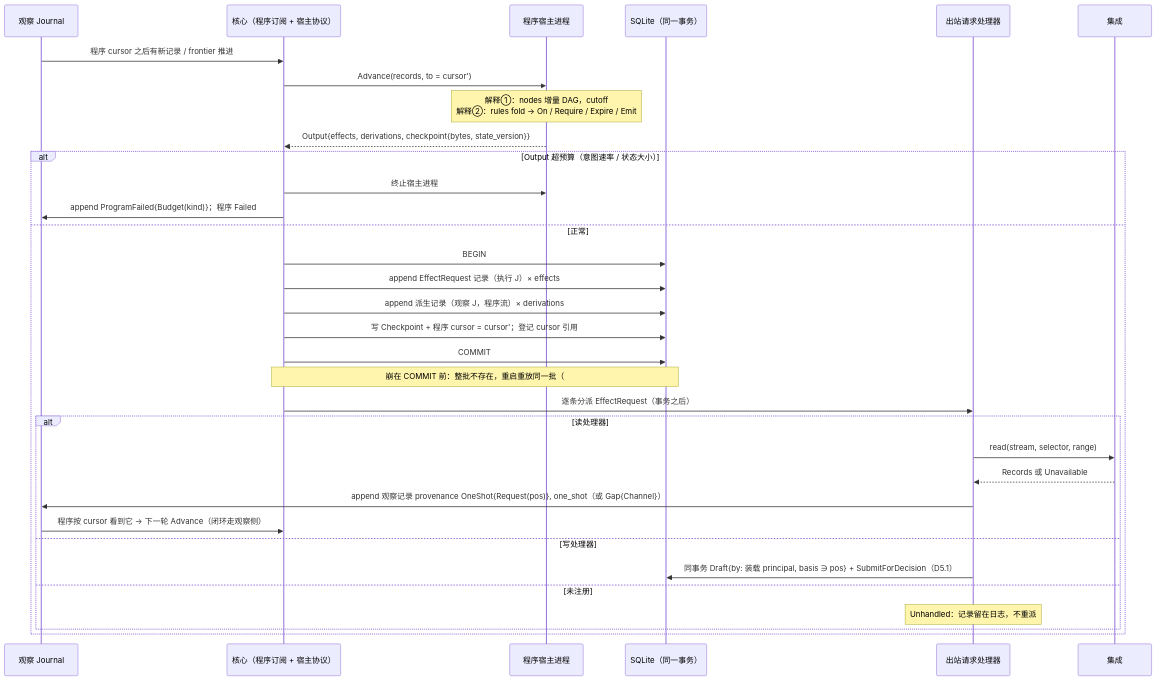
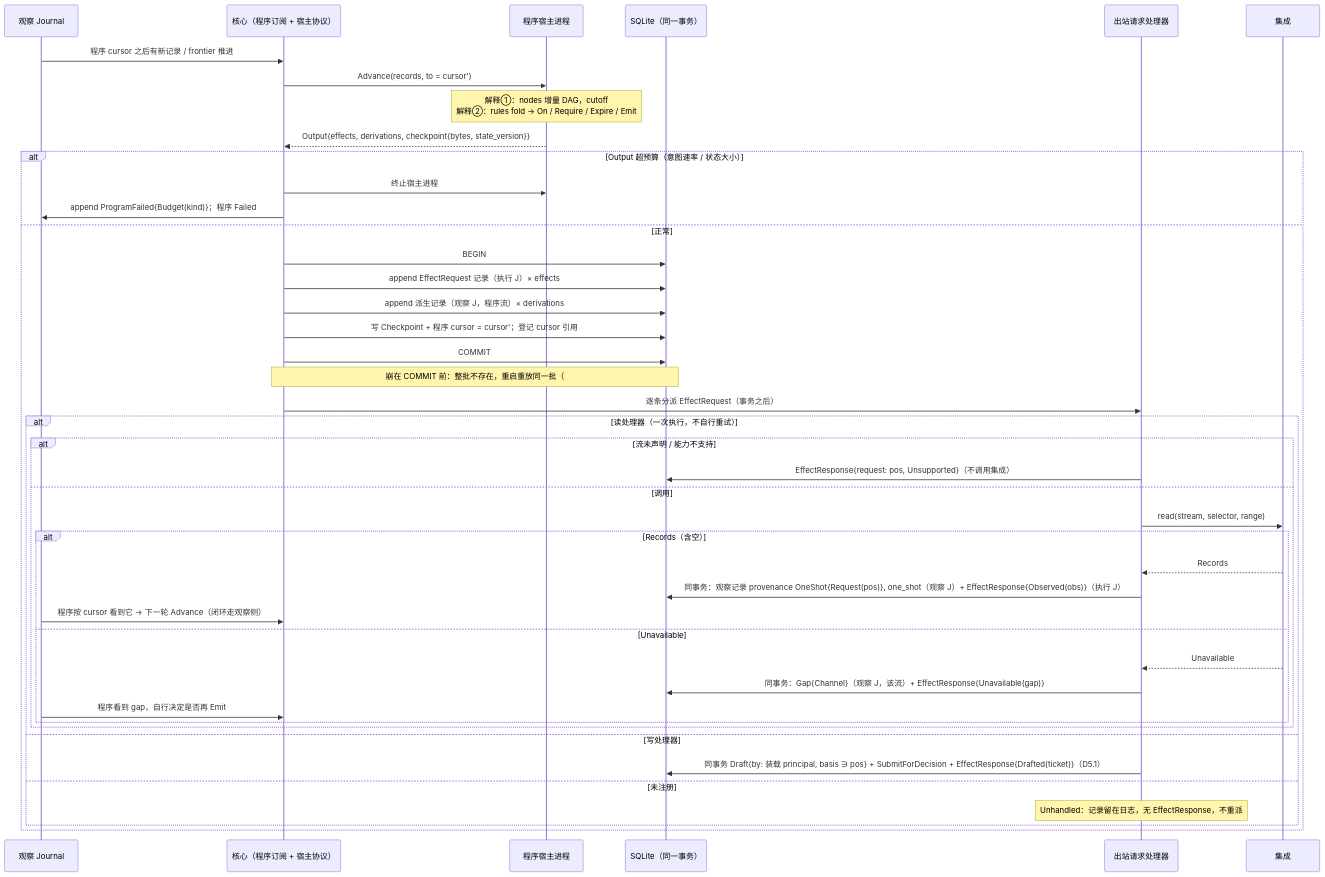
Before and after one commit to mouriya-s-lab/uta: the first of 3 diagrams in design/diagrams/04-program-host.md, drawn with Mermaid. The commit also changed other lines of this file and 9 other files, not shown here.

Commit message:
设计：并入 astra 复核——腿身份 AttemptRef、回执/证据字节归执行事实、EffectResponse 完成事实、AwaitingTargetTerminal 有界出口、ReconciliationReopened 重开取证、取证记录矩阵（Unavailable 不算取证）、lane 集合语义贯通、恢复先判 Resolved、alignment 读当前流末 + checked_as_of、一版一决 Conflict(AlreadyDecided)、Lag/完备位置切面、唯一边=类型依赖与语义消费、XA 类比改设计标签；图 D1–D9 同步

````diff
--- a/design/diagrams/04-program-host.md
+++ b/design/diagrams/04-program-host.md
@@ -9,35 +9,45 @@
 ```mermaid
 sequenceDiagram
   participant J as 观察 Journal
   participant C as 核心（程序订阅 + 宿主协议）
   participant H as 程序宿主进程
   participant DB as SQLite（同一事务）
   participant O as 出站请求处理器
   participant I as 集成
   J->>C: 程序 cursor 之后有新记录 / frontier 推进
   C->>H: Advance(records, to = cursor')
   Note over H: 解释①：nodes 增量 DAG，cutoff<br/>解释②：rules fold → On / Require / Expire / Emit
   H-->>C: Output{effects, derivations, checkpoint{bytes, state_version}}
   alt Output 超预算（意图速率 / 状态大小）
     C->>H: 终止宿主进程
     C->>J: append ProgramFailed{Budget(kind)}；程序 Failed
   else 正常
     C->>DB: BEGIN
     C->>DB: append EffectRequest 记录（执行 J）× effects
     C->>DB: append 派生记录（观察 J，程序流）× derivations
     C->>DB: 写 Checkpoint + 程序 cursor = cursor'；登记 cursor 引用
     C->>DB: COMMIT
     Note over C,DB: 崩在 COMMIT 前：整批不存在，重启重放同一批（#16）
     C->>O: 逐条分派 EffectRequest（事务之后）
-    alt 读处理器
-      O->>I: read(stream, selector, range)
-      I-->>O: Records 或 Unavailable
-      O->>J: append 观察记录 provenance OneShot{Request(pos)}, one_shot（或 Gap{Channel}）
-      J->>C: 程序按 cursor 看到它 → 下一轮 Advance（闭环走观察侧）
+    alt 读处理器（一次执行，不自行重试）
+      alt 流未声明 / 能力不支持
+        O->>DB: EffectResponse{request: pos, Unsupported}（不调用集成）
+      else 调用
+        O->>I: read(stream, selector, range)
+        alt Records（含空）
+          I-->>O: Records
+          O->>DB: 同事务：观察记录 provenance OneShot{Request(pos)}, one_shot（观察 J）+ EffectResponse{Observed(obs)}（执行 J）
+          J->>C: 程序按 cursor 看到它 → 下一轮 Advance（闭环走观察侧）
+        else Unavailable
+          I-->>O: Unavailable
+          O->>DB: 同事务：Gap{Channel}（观察 J，该流）+ EffectResponse{Unavailable(gap)}
+          J->>C: 程序看到 gap，自行决定是否再 Emit
+        end
+      end
     else 写处理器
-      O->>DB: 同事务 Draft{by: 装载 principal, basis ∋ pos} + SubmitForDecision（D5.1）
+      O->>DB: 同事务 Draft{by: 装载 principal, basis ∋ pos} + SubmitForDecision + EffectResponse{Drafted(ticket)}（D5.1）
     else 未注册
-      Note over O: Unhandled：记录留在日志，不重派
+      Note over O: Unhandled：记录留在日志，无 EffectResponse，不重派
     end
   end
 ```
````
